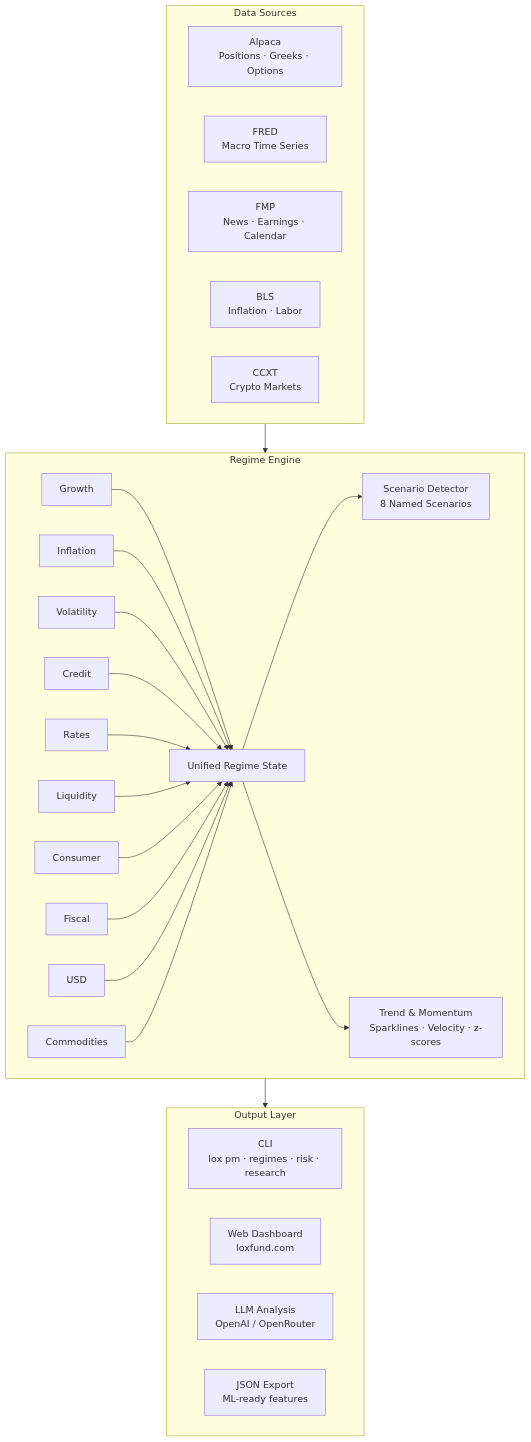
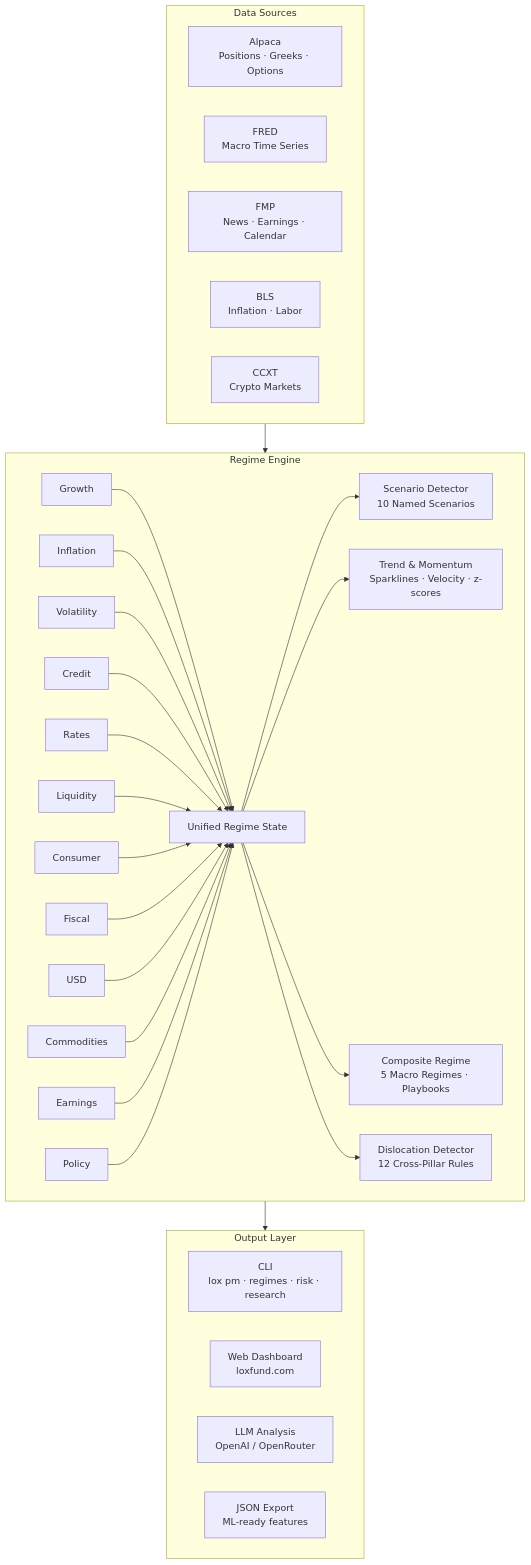
Before and after one commit to pythonjeff/lox: the diagram in README.md, drawn with Mermaid. The commit also changed other lines of this file and 5 other files, not shown here.

Commit message:
fixed policy regime

````diff
--- a/README.md
+++ b/README.md
@@ -175,38 +211,42 @@
 ```mermaid
 flowchart TB
     subgraph Data["Data Sources"]
         ALP[Alpaca<br/>Positions · Greeks · Options]
         FRED[FRED<br/>Macro Time Series]
         FMP[FMP<br/>News · Earnings · Calendar]
         BLS[BLS<br/>Inflation · Labor]
         CCXT[CCXT<br/>Crypto Markets]
     end
 
     subgraph Engine["Regime Engine"]
         URS[Unified Regime State]
         P1[Growth]
         P2[Inflation]
         P3[Volatility]
         P4[Credit]
         P5[Rates]
         P6[Liquidity]
         P7[Consumer]
         P8[Fiscal]
         P9[USD]
         P10[Commodities]
-        SC[Scenario Detector<br/>8 Named Scenarios]
+        P11[Earnings]
+        P12[Policy]
+        SC[Scenario Detector<br/>10 Named Scenarios]
         TR[Trend & Momentum<br/>Sparklines · Velocity · z-scores]
+        CR[Composite Regime<br/>5 Macro Regimes · Playbooks]
+        DL[Dislocation Detector<br/>12 Cross-Pillar Rules]
     end
 
     subgraph Output["Output Layer"]
         CLI[CLI<br/>lox pm · regimes · risk · research]
         DASH[Web Dashboard<br/>loxfund.com]
         LLM[LLM Analysis<br/>OpenAI / OpenRouter]
         JSON[JSON Export<br/>ML-ready features]
     end
 
     Data --> Engine
-    P1 & P2 & P3 & P4 & P5 & P6 & P7 & P8 & P9 & P10 --> URS
-    URS --> SC & TR
+    P1 & P2 & P3 & P4 & P5 & P6 & P7 & P8 & P9 & P10 & P11 & P12 --> URS
+    URS --> SC & TR & CR & DL
     Engine --> Output
 ```
````
